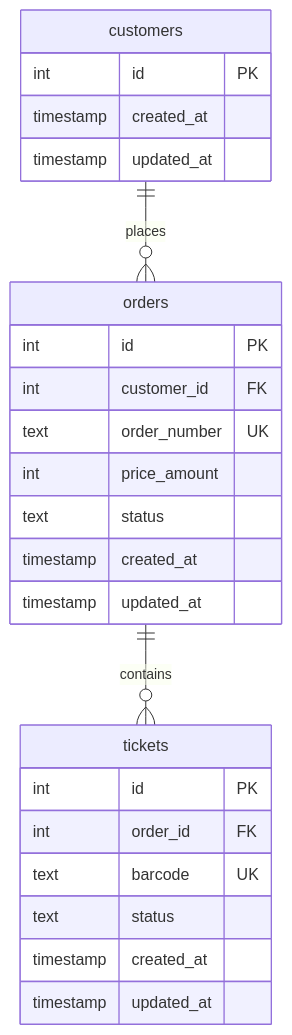
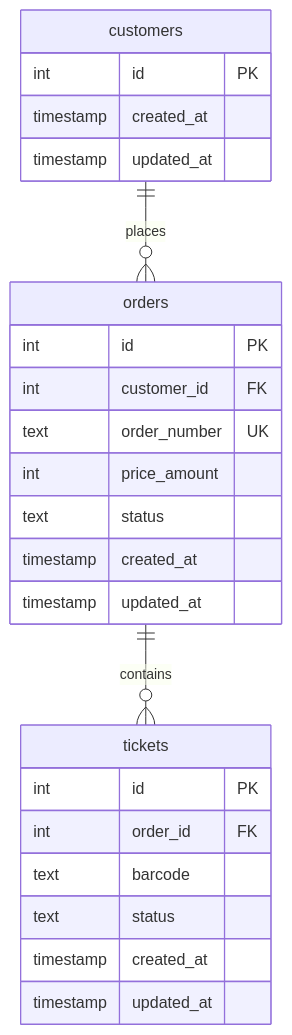
The diagram in README.md (renanvieira/backend-assignment), drawn with Mermaid before and after one commit. The commit also changed other lines of this file and 6 other files, not shown here.

````diff
--- a/README.md
+++ b/README.md
@@ -82,30 +84,30 @@
 ```mermaid
 erDiagram
     customers {
         int id PK
         timestamp created_at
         timestamp updated_at
     }
 
     orders {
         int id PK
         int customer_id FK
         text order_number UK
         int price_amount
         text status
         timestamp created_at
         timestamp updated_at
     }
 
     tickets {
         int id PK
         int order_id FK
-        text barcode UK
+        text barcode
         text status
         timestamp created_at
         timestamp updated_at
     }
 
     customers ||--o{ orders : "places"
     orders ||--o{ tickets : "contains"
 ```
````
